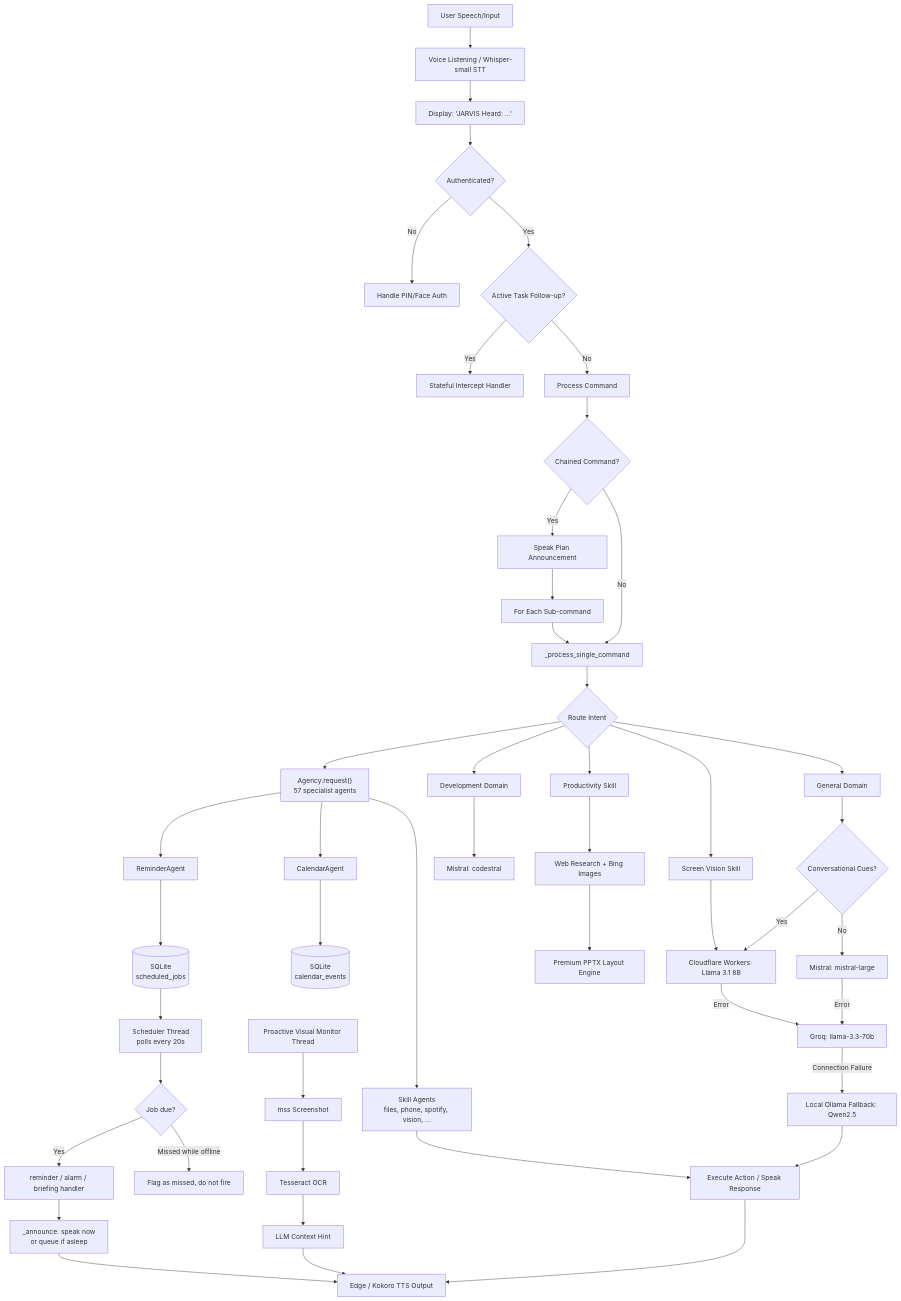
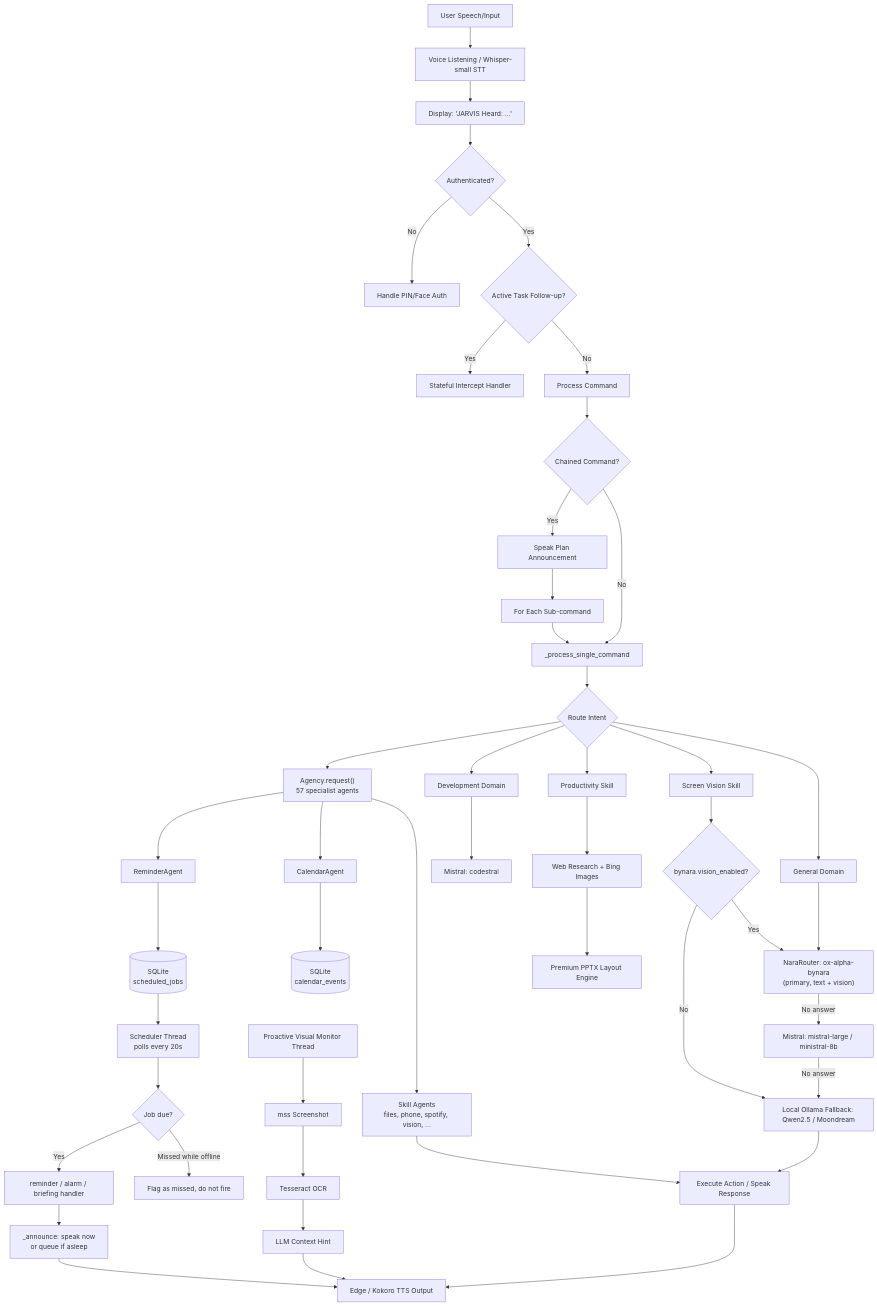
The diagram in README.md (darshitp091/Jarvis), drawn with Mermaid before and after one commit. The commit also changed other lines of this file and 5 other files, not shown here.

First line of the commit message:
chore: retire the last Groq and Cloudflare names from the docs and comments

````diff
--- a/README.md
+++ b/README.md
@@ -273,52 +273,51 @@
 ```mermaid
 graph TD
     User[User Speech/Input] --> Listen[Voice Listening / Whisper-small STT]
     Listen --> Display["Display: 'JARVIS Heard: ...'"]
     Display --> Auth{Authenticated?}
     Auth -- No --> HandleAuth[Handle PIN/Face Auth]
     Auth -- Yes --> Confirm{Active Task Follow-up?}
     Confirm -- Yes --> Intercept[Stateful Intercept Handler]
     Confirm -- No --> Process[Process Command]
     Process --> Chained{Chained Command?}
     Chained -- Yes --> Plan[Speak Plan Announcement]
     Plan --> Loop[For Each Sub-command]
     Loop --> Single[_process_single_command]
     Chained -- No --> Single
     Single --> Route{Route Intent}
 
     %% Agent swarm dispatch
     Route --> Agency["Agency.request()<br/>57 specialist agents"]
     Agency --> RemAgent[ReminderAgent] --> Sched[(SQLite<br/>scheduled_jobs)]
     Agency --> CalAgent[CalendarAgent] --> Cal[(SQLite<br/>calendar_events)]
     Agency --> SkillAgents[Skill Agents<br/>files, phone, spotify, vision, ...]
     SkillAgents --> Exec[Execute Action / Speak Response]
 
     Route --> Dev[Development Domain] --> Codestral[Mistral: codestral]
     Route --> Pres[Productivity Skill] --> ResearchCrawl[Web Research + Bing Images]
     ResearchCrawl --> PptxEngine[Premium PPTX Layout Engine]
-    Route --> Vis[Screen Vision Skill] --> Cloudflare[Cloudflare Workers: Llama 3.1 8B]
-    Route --> Gen[General Domain] --> Conv{Conversational Cues?}
-    Conv -- Yes --> Cloudflare
-    Conv -- No --> MistralLarge[Mistral: mistral-large]
+    Route --> Vis[Screen Vision Skill] --> VisGate{bynara.vision_enabled?}
+    VisGate -- No --> Ollama
+    VisGate -- Yes --> Bynara
+    Route --> Gen[General Domain] --> Bynara["NaraRouter: ox-alpha-bynara<br/>(primary, text + vision)"]
 
     %% Fallback Tree
-    Cloudflare -- Error --> Groq[Groq: llama-3.3-70b]
-    MistralLarge -- Error --> Groq
-    Groq -- Connection Failure --> Ollama[Local Ollama Fallback: Qwen2.5]
+    Bynara -- No answer --> MistralSecondary["Mistral: mistral-large / ministral-8b"]
+    MistralSecondary -- No answer --> Ollama[Local Ollama Fallback: Qwen2.5 / Moondream]
     Ollama --> Exec
     Exec --> TTS[Edge / Kokoro TTS Output]
 
     %% Proactive Loop
     BgLoop[Proactive Visual Monitor Thread] --> Screenshot[mss Screenshot]
     Screenshot --> OCR[Tesseract OCR]
     OCR --> LLM_Hint[LLM Context Hint]
     LLM_Hint --> TTS
 
     %% Scheduler thread fires independently of voice
     SchedLoop[Scheduler Thread<br/>polls every 20s] --> Due{Job due?}
     Due -- Yes --> Fire[reminder / alarm / briefing handler]
     Due -- Missed while offline --> Flag[Flag as missed, do not fire]
     Fire --> Announce[_announce: speak now<br/>or queue if asleep]
     Announce --> TTS
     Sched --> SchedLoop
 ```
````
